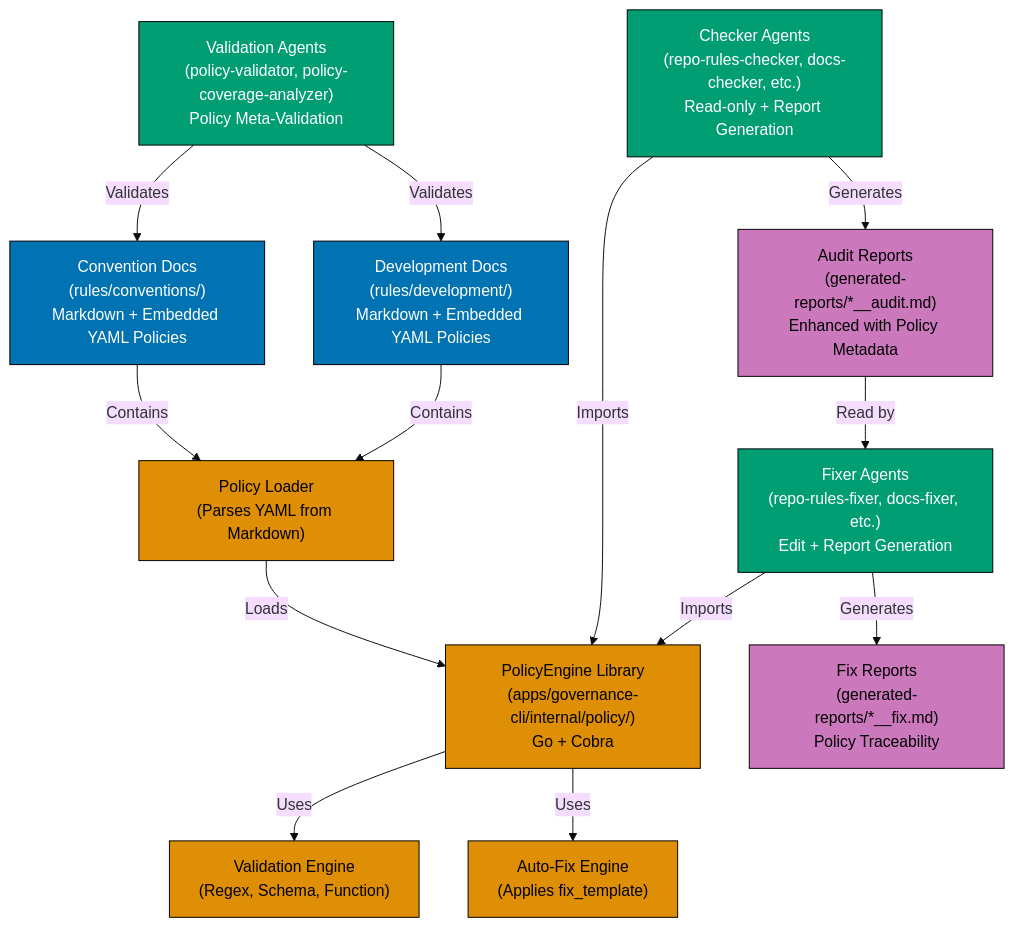
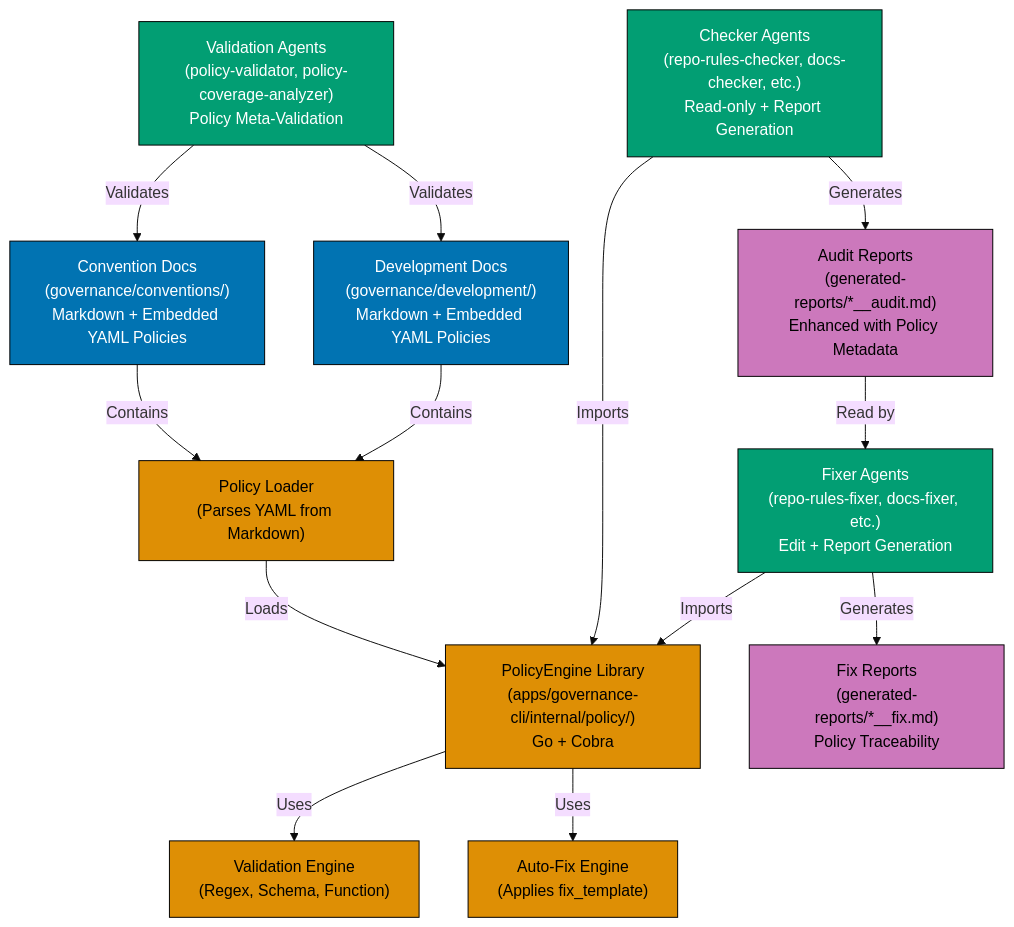
Before and after one commit to wahidyankf/open-sharia-enterprise: the diagram in plans/backlog/2025-12-25__policy-as-a-code/tech-docs.md, drawn with Mermaid. The commit also changed other lines of this file and 190 other files, not shown here.

First line of the commit message:
refactor(governance): update all references from rules/ to governance/

````diff
--- a/plans/backlog/2025-12-25__policy-as-a-code/tech-docs.md
+++ b/plans/backlog/2025-12-25__policy-as-a-code/tech-docs.md
@@ -1231,51 +1231,51 @@
 ```mermaid
 %%{init: {'theme': 'base', 'themeVariables': { 'fontSize': '16px'}}}%%
 graph TB
     %% Storage Layer
-    ConvDocs["Convention Docs<br/>(rules/conventions/)<br/>Markdown + Embedded YAML Policies"]
-    DevDocs["Development Docs<br/>(rules/development/)<br/>Markdown + Embedded YAML Policies"]
+    ConvDocs["Convention Docs<br/>(governance/conventions/)<br/>Markdown + Embedded YAML Policies"]
+    DevDocs["Development Docs<br/>(governance/development/)<br/>Markdown + Embedded YAML Policies"]
 
     %% Policy Engine
     PolicyEngine["PolicyEngine Library<br/>(apps/governance-cli/internal/policy/)<br/>Go + Cobra"]
     PolicyLoader["Policy Loader<br/>(Parses YAML from Markdown)"]
     Validator["Validation Engine<br/>(Regex, Schema, Function)"]
     AutoFixer["Auto-Fix Engine<br/>(Applies fix_template)"]
 
     %% Agents
     Checkers["Checker Agents<br/>(repo-rules-checker, docs-checker, etc.)<br/>Read-only + Report Generation"]
     Fixers["Fixer Agents<br/>(repo-rules-fixer, docs-fixer, etc.)<br/>Edit + Report Generation"]
     Validators["Validation Agents<br/>(policy-validator, policy-coverage-analyzer)<br/>Policy Meta-Validation"]
 
     %% Reports
     AuditReports["Audit Reports<br/>(generated-reports/*__audit.md)<br/>Enhanced with Policy Metadata"]
     FixReports["Fix Reports<br/>(generated-reports/*__fix.md)<br/>Policy Traceability"]
 
     %% Relationships
     ConvDocs -->|Contains| PolicyLoader
     DevDocs -->|Contains| PolicyLoader
 
     PolicyLoader -->|Loads| PolicyEngine
     PolicyEngine -->|Uses| Validator
     PolicyEngine -->|Uses| AutoFixer
 
     Checkers -->|Imports| PolicyEngine
     Fixers -->|Imports| PolicyEngine
     Validators -->|Validates| ConvDocs
     Validators -->|Validates| DevDocs
 
     Checkers -->|Generates| AuditReports
     Fixers -->|Generates| FixReports
 
     AuditReports -->|Read by| Fixers
 
     %% Styling
     classDef storage fill:#0173B2,stroke:#000,color:#fff
     classDef engine fill:#DE8F05,stroke:#000,color:#000
     classDef agent fill:#029E73,stroke:#000,color:#fff
     classDef report fill:#CC78BC,stroke:#000,color:#000
 
     class ConvDocs,DevDocs storage
     class PolicyEngine,PolicyLoader,Validator,AutoFixer engine
     class Checkers,Fixers,Validators agent
     class AuditReports,FixReports report
 ```
````
